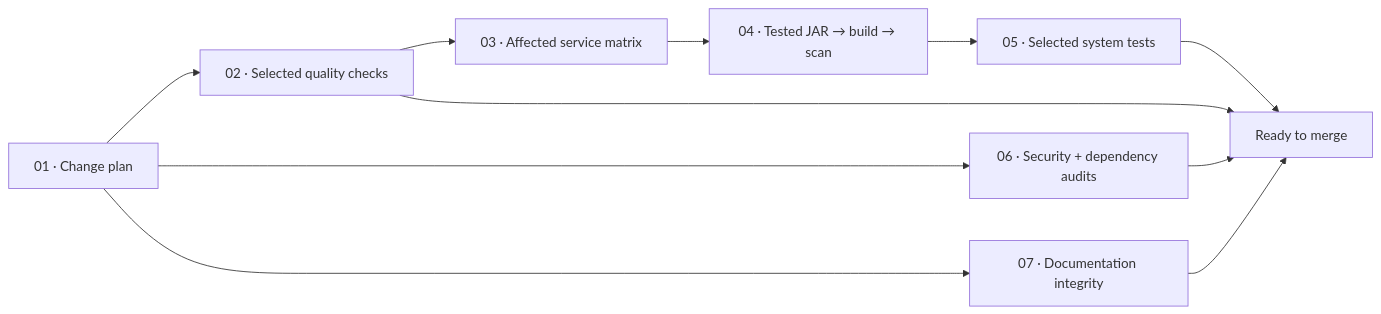
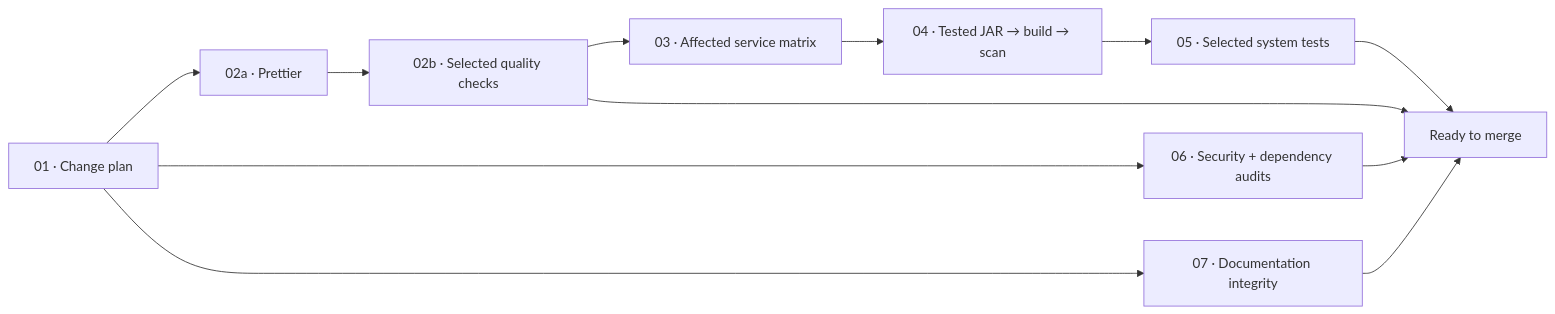
One commit to AhmadAlkaseb/aj changed the first of 2 diagrams in documentation/CI-CD.md. Above: the diagram before and after it, drawn with Mermaid. The commit also changed other lines of this file and 42 other files, not shown here.

````diff
--- a/documentation/CI-CD.md
+++ b/documentation/CI-CD.md
@@ -11,13 +11,14 @@
 ```mermaid
 flowchart LR
-    Changes[01 · Change plan] --> Quality[02 · Selected quality checks]
+    Changes[01 · Change plan] --> Formatting[02a · Prettier]
+    Formatting --> Quality[02b · Selected quality checks]
     Quality --> Services[03 · Affected service matrix]
     Services --> Images[04 · Tested JAR → build → scan]
     Images --> System[05 · Selected system tests]
     Changes --> Security[06 · Security + dependency audits]
     Changes --> Docs[07 · Documentation integrity]
     System --> Gate[Ready to merge]
     Security --> Gate
     Docs --> Gate
     Quality --> Gate
 ```
````
